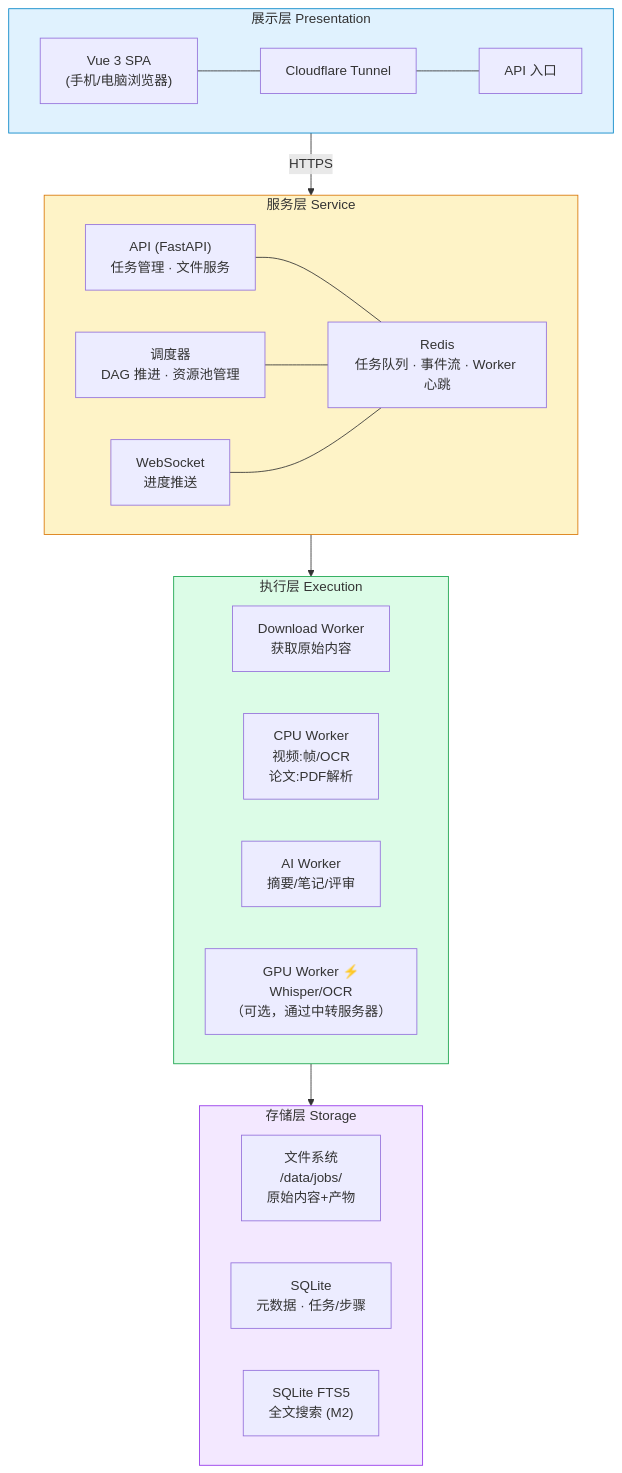
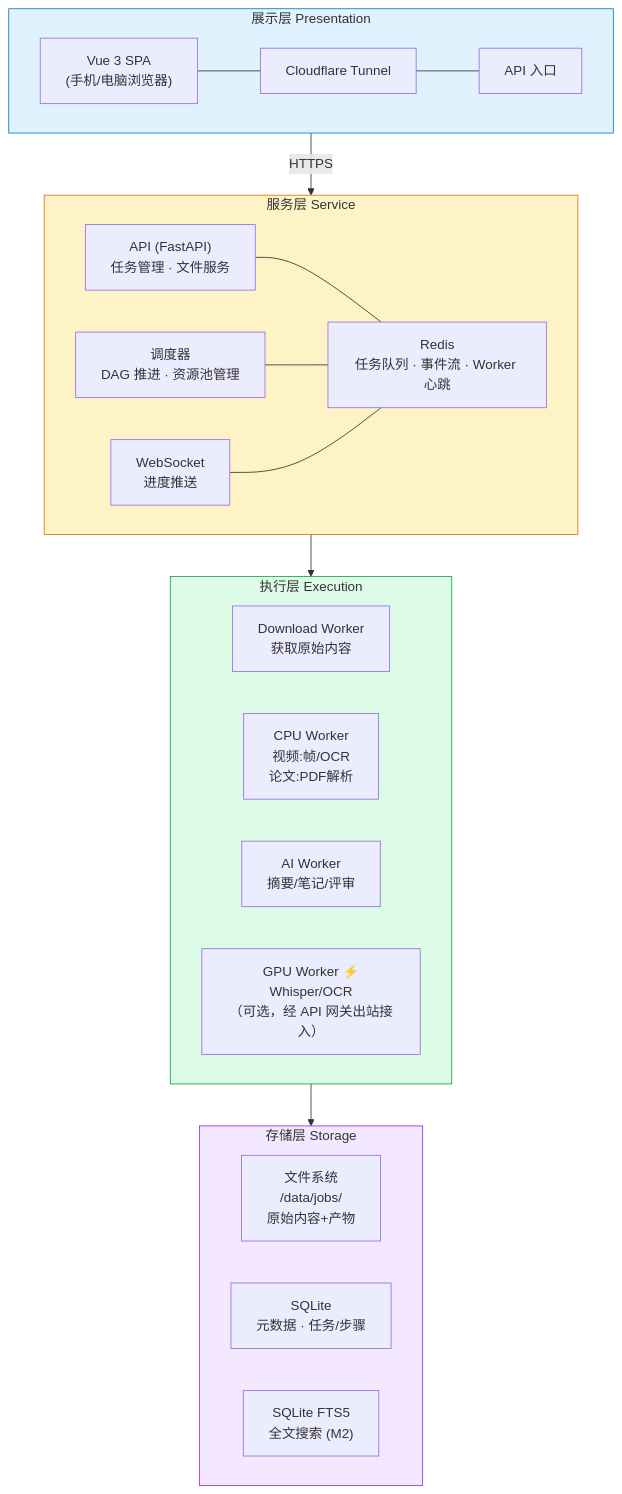
The first of 9 diagrams in docs/01-architecture.md (Gwzlchn/Flori), drawn with Mermaid before and after one commit. The commit also changed other lines of this file and 28 other files, not shown here.

````diff
--- a/docs/01-architecture.md
+++ b/docs/01-architecture.md
@@ -11,40 +11,40 @@
 ```mermaid
 graph TD
     subgraph presentation["展示层 Presentation"]
         vue["Vue 3 SPA<br/>(手机/电脑浏览器)"]
         tunnel_p["Cloudflare Tunnel"]
         vue --- tunnel_p --- api_entry["API 入口"]
     end
 
     subgraph service["服务层 Service"]
         api["API (FastAPI)<br/>任务管理 · 文件服务"]
         scheduler["调度器<br/>DAG 推进 · 资源池管理"]
         ws["WebSocket<br/>进度推送"]
         redis["Redis<br/>任务队列 · 事件流 · Worker 心跳"]
         api --- redis
         scheduler --- redis
         ws --- redis
     end
 
     subgraph execution["执行层 Execution"]
         dl["Download Worker<br/>获取原始内容"]
         cpu["CPU Worker<br/>视频:帧/OCR<br/>论文:PDF解析"]
         ai["AI Worker<br/>摘要/笔记/评审"]
-        gpu["GPU Worker ⚡<br/>Whisper/OCR<br/>（可选，通过中转服务器）"]
+        gpu["GPU Worker ⚡<br/>Whisper/OCR<br/>（可选，经 API 网关出站接入）"]
     end
 
     subgraph storage["存储层 Storage"]
         fs["文件系统<br/>/data/jobs/<br/>原始内容+产物"]
         sqlite["SQLite<br/>元数据 · 任务/步骤"]
         fts["SQLite FTS5<br/>全文搜索 (M2)"]
     end
 
     presentation -->|HTTPS| service
     service --> execution
     execution --> storage
 
     style presentation fill:#e0f2fe,stroke:#0284c7
     style service fill:#fef3c7,stroke:#d97706
     style execution fill:#dcfce7,stroke:#16a34a
     style storage fill:#f3e8ff,stroke:#9333ea
 ```
````
